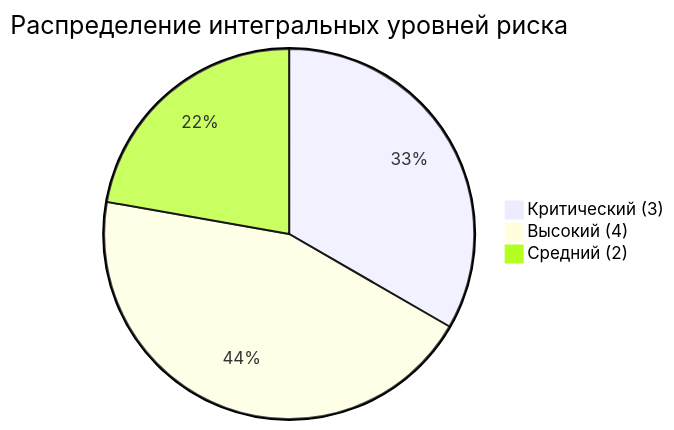
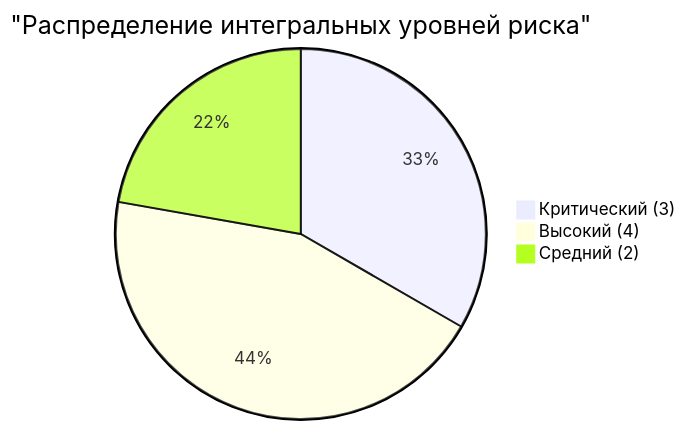
Before and after one commit to 0xblackf0x/hse-ai-hack: diagram 28 of 29 in Readme.md, drawn with Mermaid.

````diff
--- a/Readme.md
+++ b/Readme.md
@@ -921,7 +921,7 @@
 ```mermaid
 pie
-    title Распределение интегральных уровней риска
+    title "Распределение интегральных уровней риска"
     "Критический (3)" : 3
     "Высокий (4)" : 4
     "Средний (2)" : 2
 ```
````
